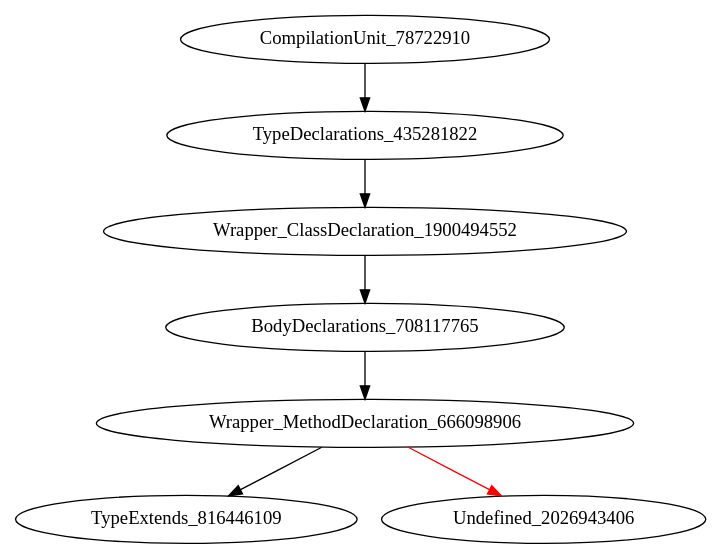
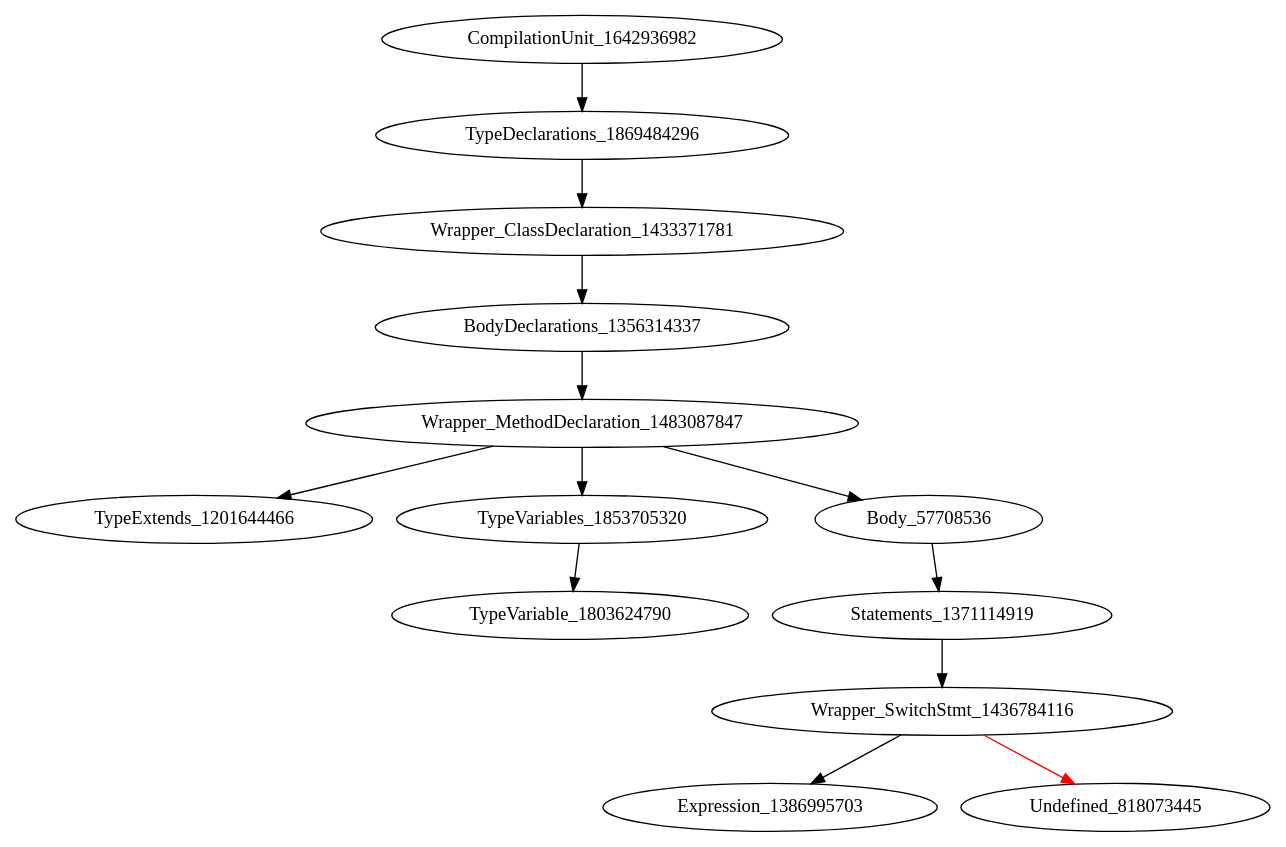
One commit to icse2023material/VoiceJava changed the diagram in holeAST.dot. Above: the diagram before and after it, drawn with Graphviz. The commit also changed 25 other files, not shown here.

```diff
--- a/holeAST.dot
+++ b/holeAST.dot
@@ -1,8 +1,14 @@
 digraph {
-CompilationUnit_78722910 -> TypeDeclarations_435281822
-TypeDeclarations_435281822 -> Wrapper_ClassDeclaration_1900494552
-Wrapper_ClassDeclaration_1900494552 -> BodyDeclarations_708117765
-BodyDeclarations_708117765 -> Wrapper_MethodDeclaration_666098906
-Wrapper_MethodDeclaration_666098906 -> TypeExtends_816446109
-Wrapper_MethodDeclaration_666098906 -> Undefined_2026943406 [color = red] 
+CompilationUnit_1642936982 -> TypeDeclarations_1869484296
+TypeDeclarations_1869484296 -> Wrapper_ClassDeclaration_1433371781
+Wrapper_ClassDeclaration_1433371781 -> BodyDeclarations_1356314337
+BodyDeclarations_1356314337 -> Wrapper_MethodDeclaration_1483087847
+Wrapper_MethodDeclaration_1483087847 -> TypeExtends_1201644466
+Wrapper_MethodDeclaration_1483087847 -> TypeVariables_1853705320
+Wrapper_MethodDeclaration_1483087847 -> Body_57708536
+TypeVariables_1853705320 -> TypeVariable_1803624790
+Body_57708536 -> Statements_1371114919
+Statements_1371114919 -> Wrapper_SwitchStmt_1436784116
+Wrapper_SwitchStmt_1436784116 -> Expression_1386995703
+Wrapper_SwitchStmt_1436784116 -> Undefined_818073445 [color = red] 
 }
```
